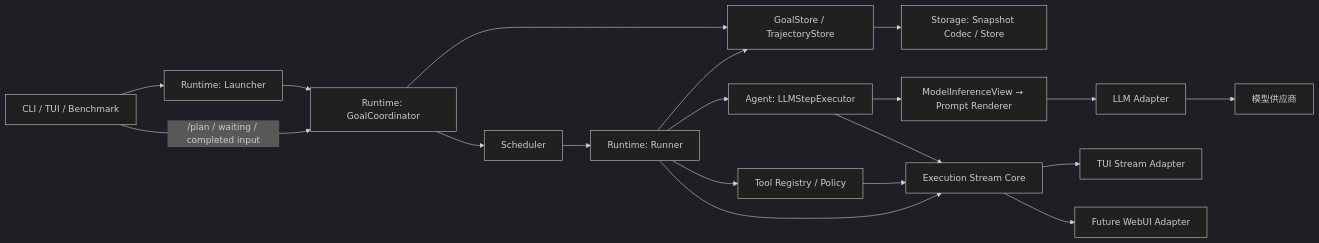
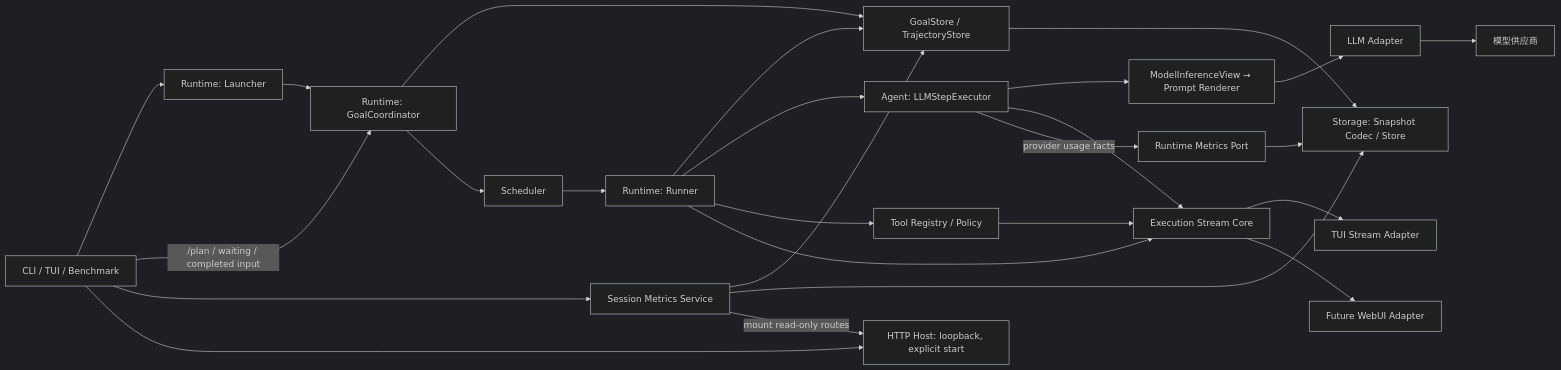
Before and after one commit to ccasJay/LazyGoal: the diagram in docs/architecture/README.md, drawn with Mermaid (dark theme). The commit also changed other lines of this file and 17 other files, not shown here.

````diff
--- a/docs/architecture/README.md
+++ b/docs/architecture/README.md
@@ -20,21 +21,28 @@
 ```mermaid
 flowchart LR
     C[CLI / TUI / Benchmark] --> L[Runtime: Launcher]
     L --> G[Runtime: GoalCoordinator]
     C -->|/plan / waiting / completed input| G
     G --> S[GoalStore / TrajectoryStore]
     G --> Q[Scheduler]
     Q --> R[Runtime: Runner]
     R --> S
     R --> E[Agent: LLMStepExecutor]
     E --> V[ModelInferenceView → Prompt Renderer]
     V --> A[LLM Adapter]
     A --> M[模型供应商]
     S --> ST[Storage: Snapshot Codec / Store]
     R --> T[Tool Registry / Policy]
     R --> X[Execution Stream Core]
     E --> X
     T --> X
     X --> U[TUI Stream Adapter]
     X --> W[Future WebUI Adapter]
+    E -->|provider usage facts| MS[Runtime Metrics Port]
+    MS --> ST
+    C --> MC[Session Metrics Service]
+    MC --> S
+    MC --> ST
+    C --> H[HTTP Host: loopback, explicit start]
+    MC -->|mount read-only routes| H
 ```
````
